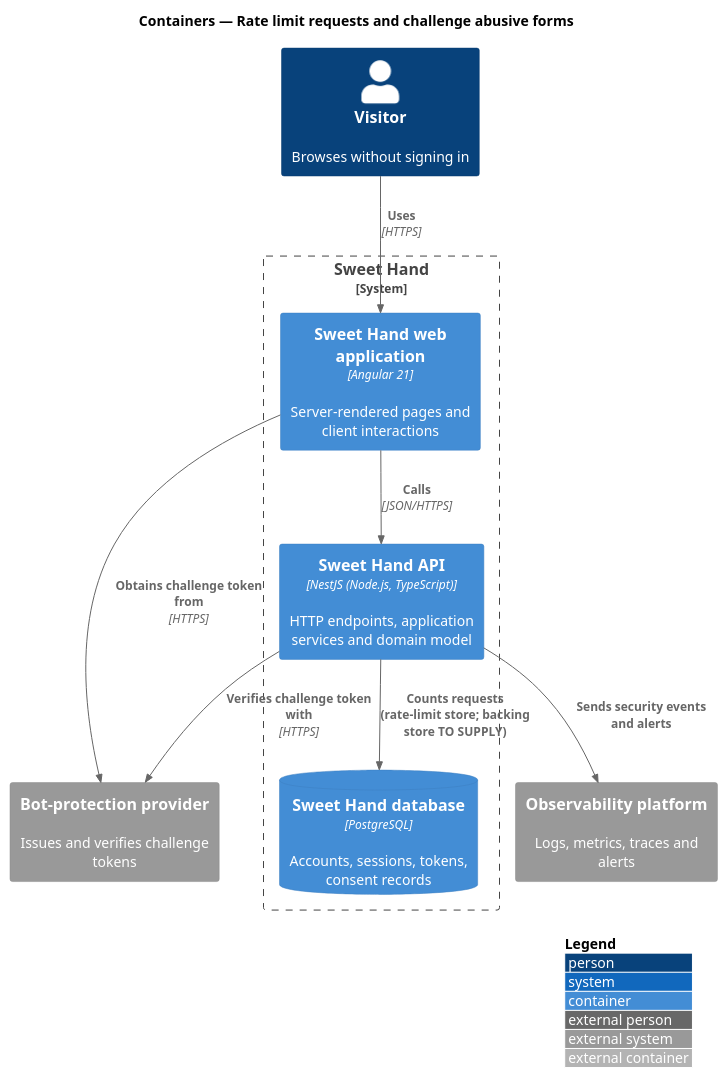
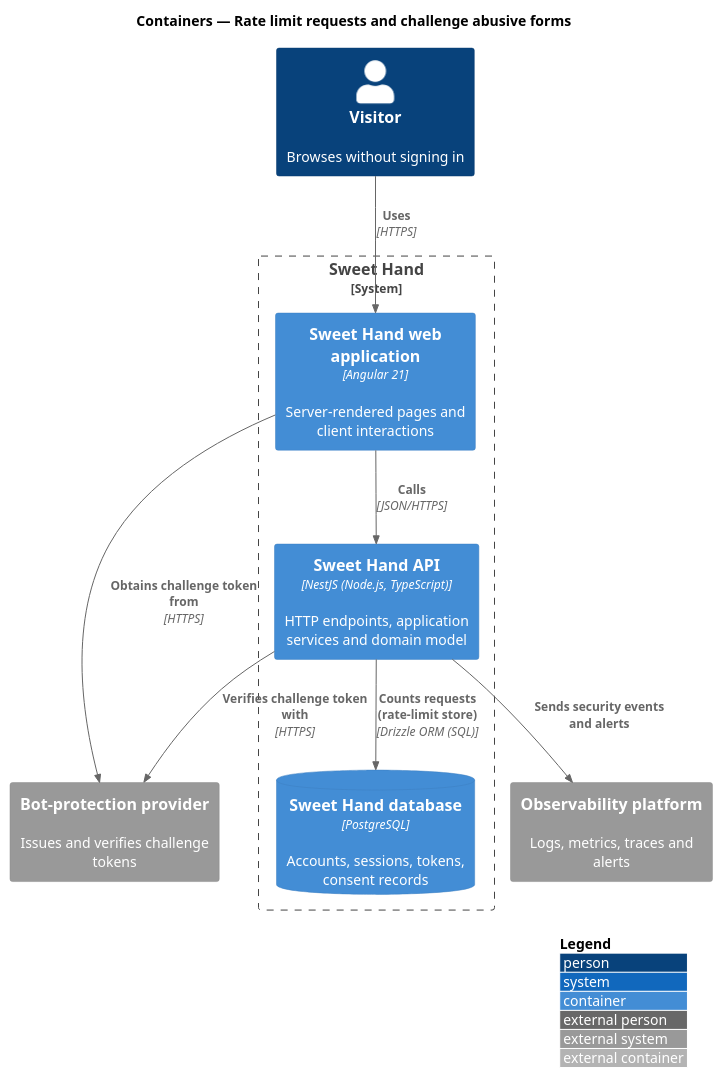
Before and after one commit to QuinntyneBrown/sweet-hand: the diagram in docs/detailed-designs/identity-and-security/rate-limit-and-challenge/diagrams/c4-container.puml, drawn with PlantUML. The commit also changed 17 other files, not shown here.

```diff
--- a/docs/detailed-designs/identity-and-security/rate-limit-and-challenge/diagrams/c4-container.puml
+++ b/docs/detailed-designs/identity-and-security/rate-limit-and-challenge/diagrams/c4-container.puml
@@ -1,21 +1,21 @@
 @startuml
 !include <C4/C4_Container>
 LAYOUT_WITH_LEGEND()
 title Containers — Rate limit requests and challenge abusive forms
 
 Person(visitor, "Visitor", "Browses without signing in")
 System_Boundary(sweethand, "Sweet Hand") {
   Container(web, "Sweet Hand web application", "Angular 21", "Server-rendered pages and client interactions")
   Container(api, "Sweet Hand API", "NestJS (Node.js, TypeScript)", "HTTP endpoints, application services and domain model")
   ContainerDb(db, "Sweet Hand database", "PostgreSQL", "Accounts, sessions, tokens, consent records")
 }
 System_Ext(bot, "Bot-protection provider", "Issues and verifies challenge tokens")
 System_Ext(obs, "Observability platform", "Logs, metrics, traces and alerts")
 
 Rel(visitor, web, "Uses", "HTTPS")
 Rel(web, bot, "Obtains challenge token from", "HTTPS")
 Rel(web, api, "Calls", "JSON/HTTPS")
-Rel(api, db, "Counts requests (rate-limit store; backing store TO SUPPLY)")
+Rel(api, db, "Counts requests (rate-limit store)", "Drizzle ORM (SQL)")
 Rel(api, bot, "Verifies challenge token with", "HTTPS")
 Rel(api, obs, "Sends security events and alerts")
 @enduml
```
